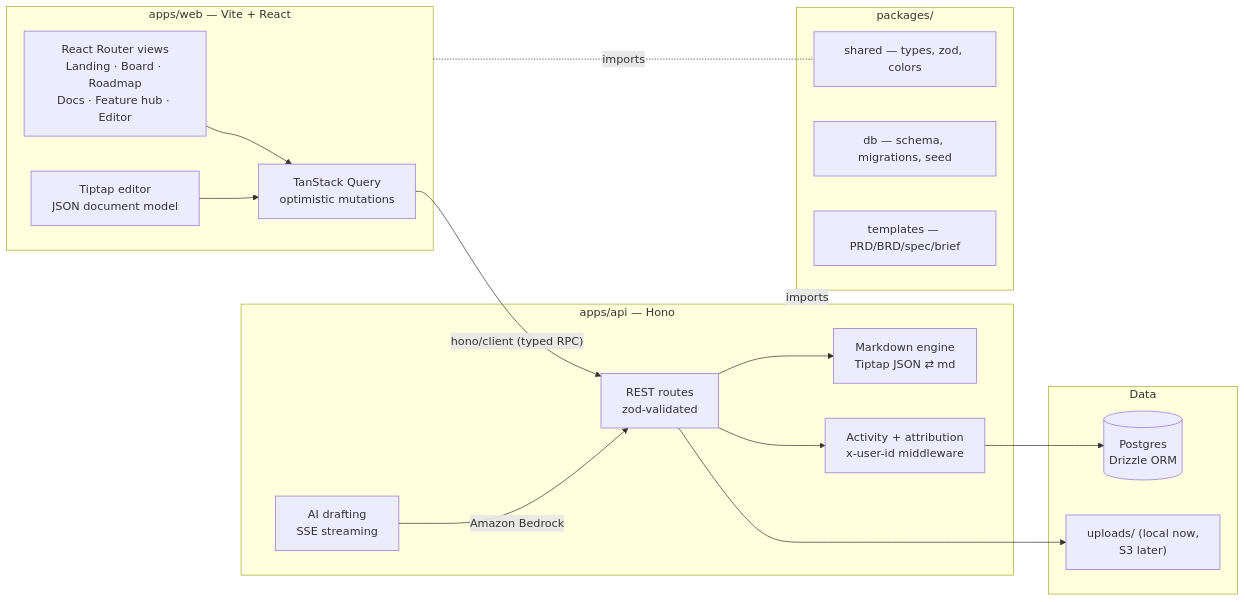
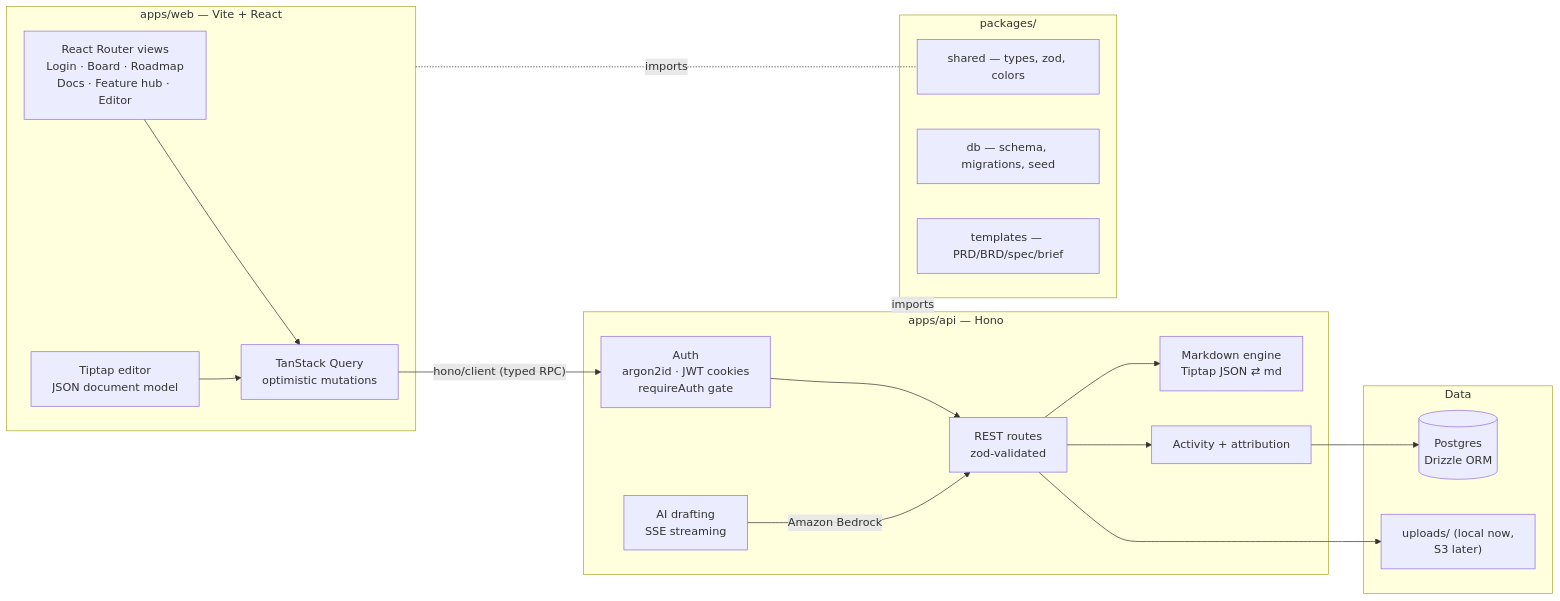
One commit to studiox4/product-map changed the diagram in README.md. Above: the diagram before and after it, drawn with Mermaid. The commit also changed other lines of this file and 9 other files, not shown here.

````diff
--- a/README.md
+++ b/README.md
@@ -86,36 +105,37 @@
 ```mermaid
 flowchart LR
     subgraph web ["apps/web — Vite + React"]
-        UI["React Router views<br/>Landing · Board · Roadmap<br/>Docs · Feature hub · Editor"]
+        UI["React Router views<br/>Login · Board · Roadmap<br/>Docs · Feature hub · Editor"]
         TQ["TanStack Query<br/>optimistic mutations"]
         TT["Tiptap editor<br/>JSON document model"]
     end
 
     subgraph api ["apps/api — Hono"]
+        AUTH["Auth<br/>argon2id · JWT cookies<br/>requireAuth gate"]
         RT["REST routes<br/>zod-validated"]
         MD["Markdown engine<br/>Tiptap JSON ⇄ md"]
         AI["AI drafting<br/>SSE streaming"]
-        ACT["Activity + attribution<br/>x-user-id middleware"]
+        ACT["Activity + attribution"]
     end
 
     subgraph data ["Data"]
         PG[("Postgres<br/>Drizzle ORM")]
         UP["uploads/ (local now,<br/>S3 later)"]
     end
 
-    UI --> TQ -->|"hono/client (typed RPC)"| RT
+    UI --> TQ -->|"hono/client (typed RPC)"| AUTH --> RT
     TT --> TQ
     RT --> ACT --> PG
     RT --> MD
     RT --> UP
     AI -->|"Amazon Bedrock"| RT
 
     subgraph shared ["packages/"]
         SH["shared — types, zod, colors"]
         DB["db — schema, migrations, seed"]
         TPL["templates — PRD/BRD/spec/brief"]
     end
 
     api -.imports.- shared
     web -.imports.- SH
 ```
````
